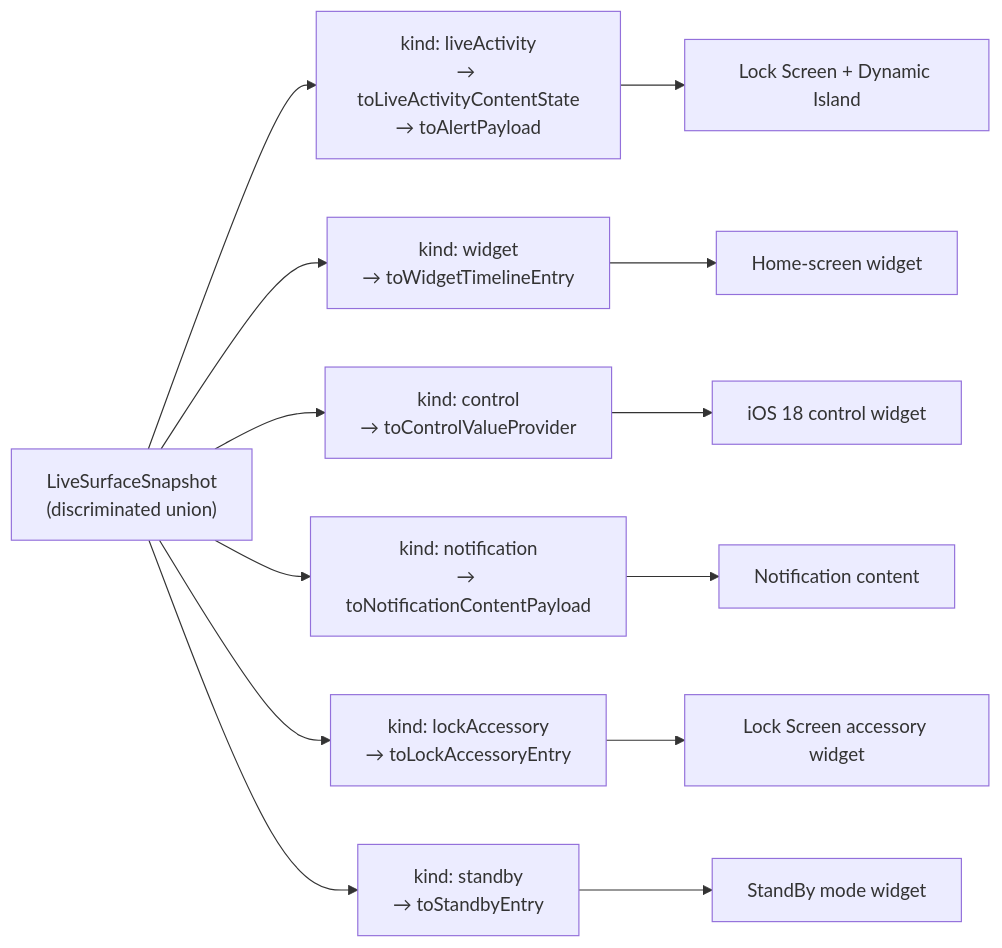
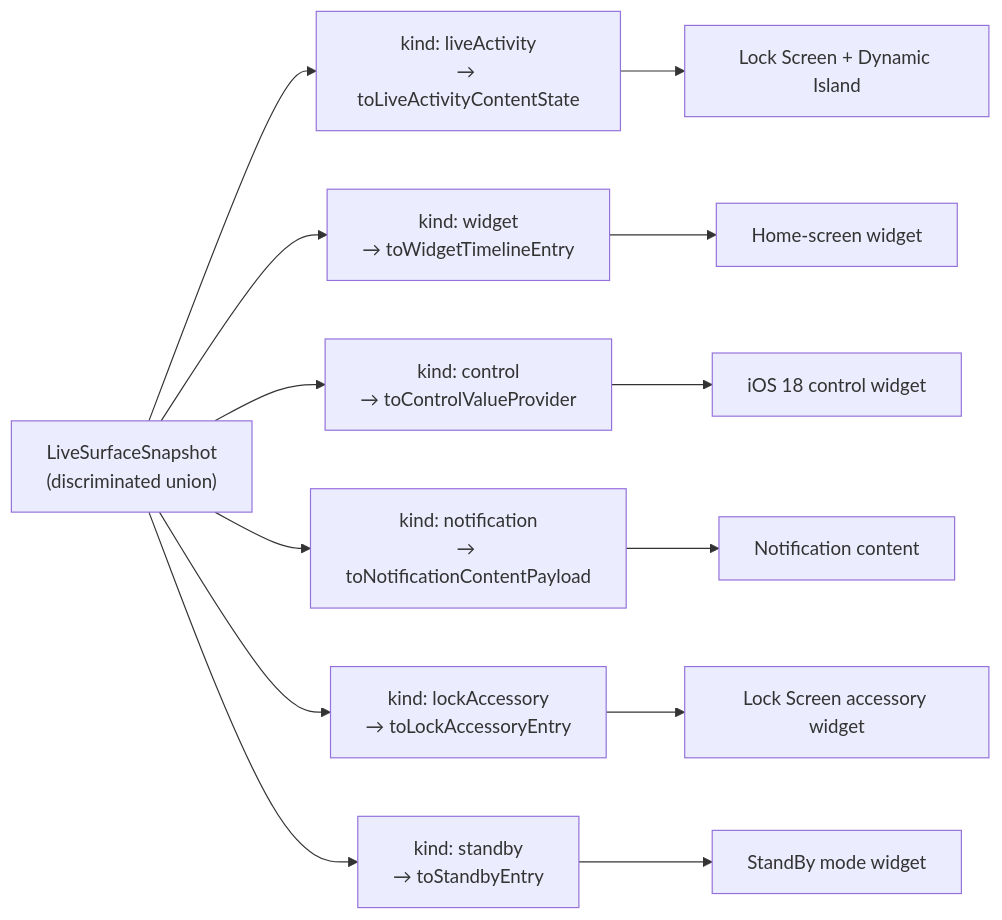
The diagram in docs/multi-surface.md (glendonC/mobile-surfaces), drawn with Mermaid before and after one commit. The commit also changed other lines of this file and 9 other files, not shown here.

````diff
--- a/docs/multi-surface.md
+++ b/docs/multi-surface.md
@@ -23,15 +23,15 @@
 ```mermaid
 flowchart LR
-  Snapshot["LiveSurfaceSnapshot<br/>(discriminated union)"] --> LA["kind: liveActivity<br/>→ toLiveActivityContentState<br/>→ toAlertPayload"]
+  Snapshot["LiveSurfaceSnapshot<br/>(discriminated union)"] --> LA["kind: liveActivity<br/>→ toLiveActivityContentState"]
   Snapshot --> W["kind: widget<br/>→ toWidgetTimelineEntry"]
   Snapshot --> C["kind: control<br/>→ toControlValueProvider"]
   Snapshot --> N["kind: notification<br/>→ toNotificationContentPayload"]
   Snapshot --> LK["kind: lockAccessory<br/>→ toLockAccessoryEntry"]
   Snapshot --> SB["kind: standby<br/>→ toStandbyEntry"]
   LA --> LockScreen["Lock Screen + Dynamic Island"]
   W --> HomeWidget["Home-screen widget"]
   C --> ControlWidget["iOS 18 control widget"]
   N --> Notification["Notification content"]
   LK --> LockAccessory["Lock Screen accessory widget"]
   SB --> Standby["StandBy mode widget"]
 ```
````
